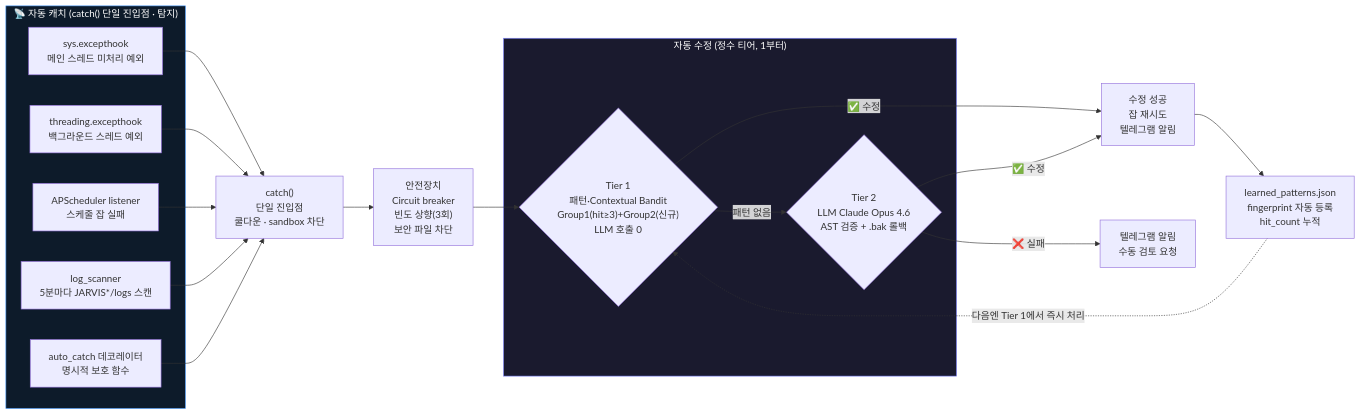
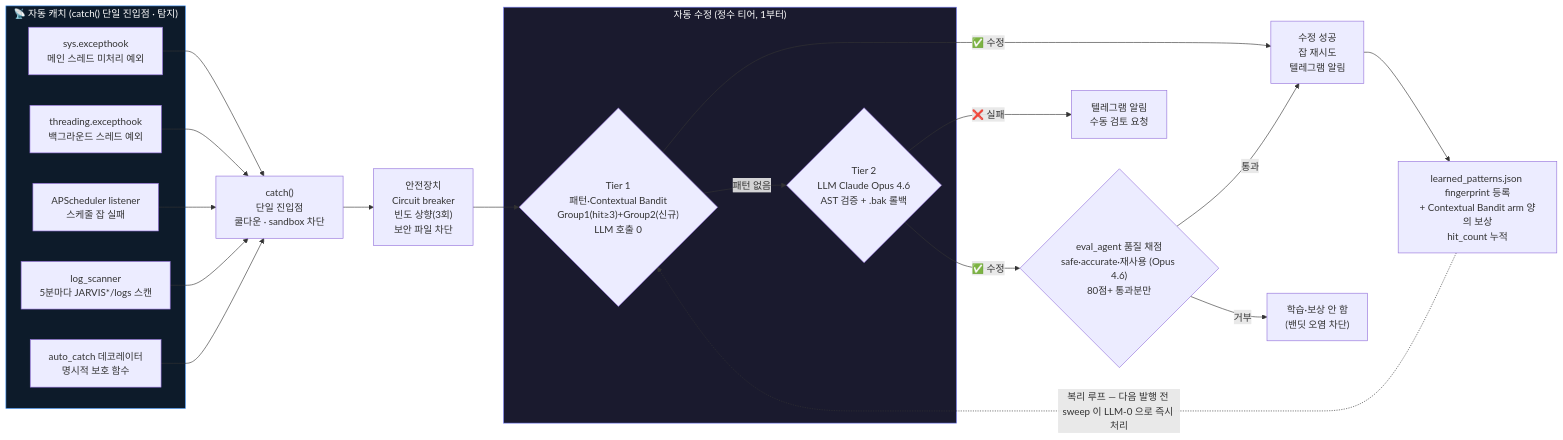
One commit to youandi3535/jarvis-agent changed the third of 3 diagrams in README.md. Above: the diagram before and after it, drawn with Mermaid. The commit also changed other lines of this file and 22 other files, not shown here.

First line of the commit message:
hj : 발행 전 Tier-1 자체수리 sweep + 새벽 04:30 심층 감사 분리 + 수정 LLM Opus 4.6 통일

````diff
--- a/README.md
+++ b/README.md
@@ -198,33 +205,35 @@
 ```mermaid
 flowchart LR
     subgraph CATCH["📡 자동 캐치 (catch() 단일 진입점 · 탐지)"]
         H1["sys.excepthook\n메인 스레드 미처리 예외"]
         H2["threading.excepthook\n백그라운드 스레드 예외"]
         H3["APScheduler listener\n스케줄 잡 실패"]
         H4["log_scanner\n5분마다 JARVIS*/logs 스캔"]
         H5["auto_catch 데코레이터\n명시적 보호 함수"]
     end
 
     H1 & H2 & H3 & H4 & H5 --> C["catch()\n단일 진입점\n쿨다운 · sandbox 차단"]
 
     C --> SAFE["안전장치\nCircuit breaker\n빈도 상향(3회)\n보안 파일 차단"]
 
     SAFE --> T1
 
     subgraph TIERS["자동 수정 (정수 티어, 1부터)"]
         T1{"Tier 1\n패턴·Contextual Bandit\nGroup1(hit≥3)+Group2(신규)\nLLM 호출 0"}
         T2{"Tier 2\nLLM Claude Opus 4.6\nAST 검증 + .bak 롤백"}
     end
 
     T1 -->|"✅ 수정"| OK
     T1 -->|"패턴 없음"| T2
-    T2 -->|"✅ 수정"| OK
+    T2 -->|"✅ 수정"| EVAL{"eval_agent 품질 채점\nsafe·accurate·재사용 (Opus 4.6)\n80점+ 통과분만"}
+    EVAL -->|"통과"| OK
+    EVAL -->|"거부"| DROP["학습·보상 안 함\n(밴딧 오염 차단)"]
 
-    OK["수정 성공\n잡 재시도\n텔레그램 알림"] --> LEARN["learned_patterns.json\nfingerprint 자동 등록\nhit_count 누적"]
-    LEARN -. "다음엔 Tier 1에서 즉시 처리" .-> T1
+    OK["수정 성공\n잡 재시도\n텔레그램 알림"] --> LEARN["learned_patterns.json fingerprint 등록\n+ Contextual Bandit arm 양의 보상\nhit_count 누적"]
+    LEARN -. "복리 루프 — 다음 발행 전 sweep 이 LLM-0 으로 즉시 처리" .-> T1
 
     T2 -->|"❌ 실패"| ESC["텔레그램 알림\n수동 검토 요청"]
 
     style CATCH fill:#0d1b2a,stroke:#4a9eff,color:#fff
     style TIERS fill:#1a1a2e,stroke:#7c83fd,color:#fff
 ```
````
